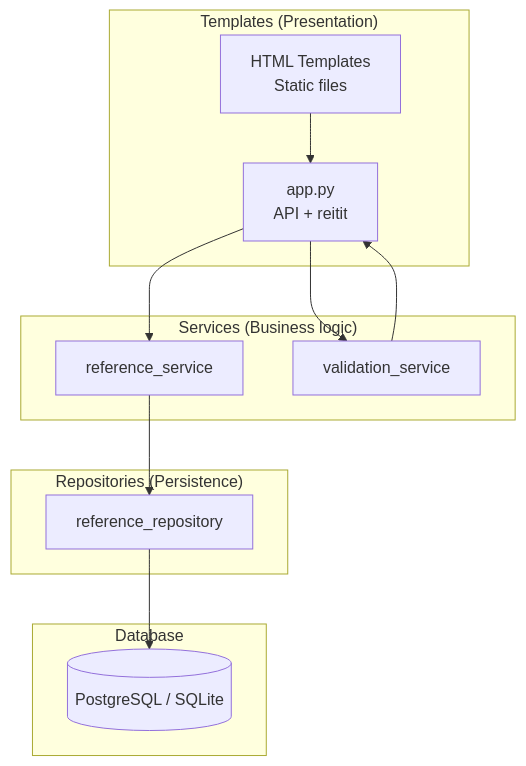
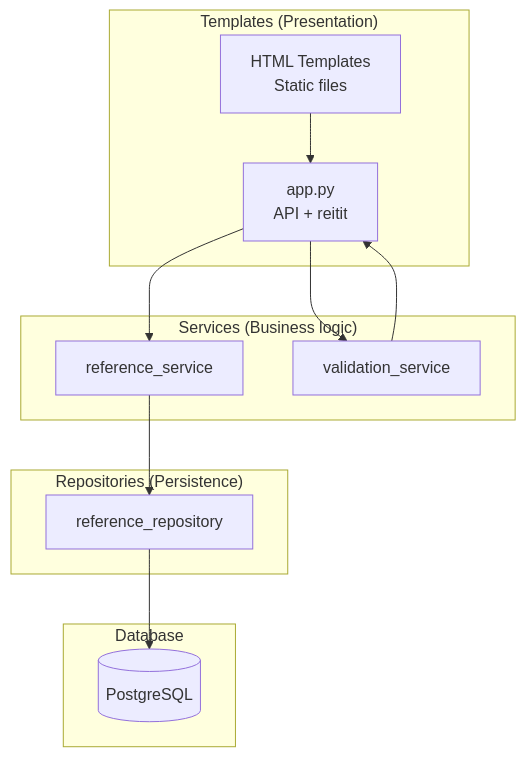
The first of 3 diagrams in documentation/README_architecture.md (kortekoski/ohtuminiprojekti), drawn with Mermaid before and after one commit. The commit also changed other lines of this file, not shown here.

Commit message:
Add robot framework architecture

`````diff
--- a/documentation/README_architecture.md
+++ b/documentation/README_architecture.md
@@ -5,30 +5,30 @@
 ````mermaid
 flowchart TB
 
     subgraph UI["Templates (Presentation)"]
         Tmpl[HTML Templates<br/>Static files]
         AppPy[app.py<br/>API + reitit]
     end
 
     subgraph Service["Services  (Business logic)"]
         RefSvc[reference_service]
         ValSvc[validation_service]
     end
 
     subgraph Repo["Repositories (Persistence)"]
         RefRepo[reference_repository]
        
     end
 
     subgraph DB["Database"]
-        SQL[(PostgreSQL / SQLite)]
+        SQL[(PostgreSQL)]
     end
 
     %% Connections
     Tmpl --> AppPy
     AppPy --> ValSvc
     ValSvc --> AppPy
     AppPy --> RefSvc
     RefSvc --> RefRepo
     RefRepo --> SQL
 ````
`````
